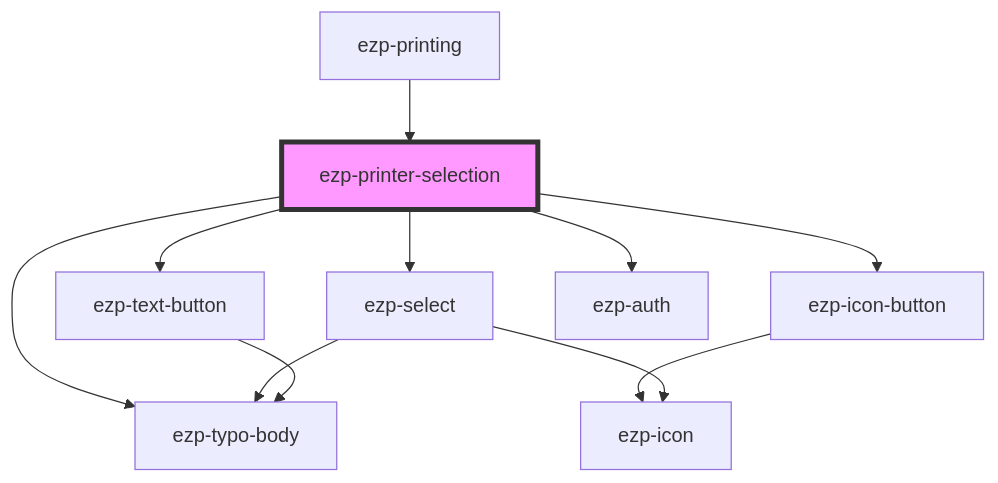
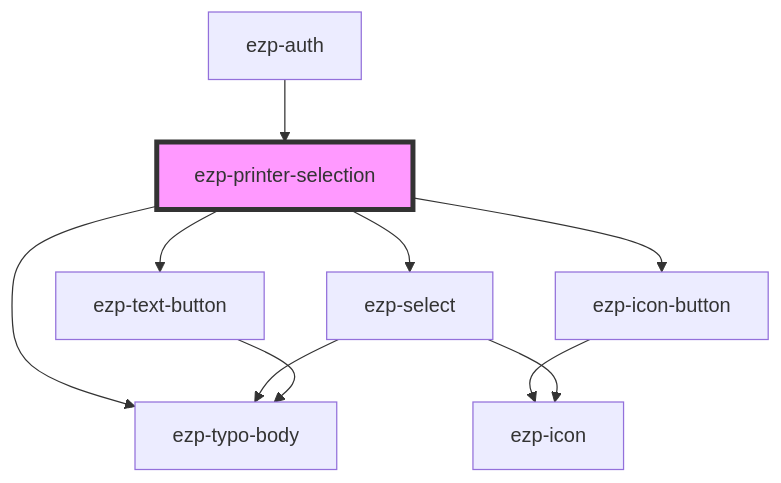
The diagram in src/components/ezp-printer-selection/readme.md (ezeep/ezeep-js), drawn with Mermaid before and after one commit. The commit also changed other lines of this file and 22 other files, not shown here.

````diff
--- a/src/components/ezp-printer-selection/readme.md
+++ b/src/components/ezp-printer-selection/readme.md
@@ -54,14 +42,13 @@
 ```mermaid
 graph TD;
   ezp-printer-selection --> ezp-typo-body
   ezp-printer-selection --> ezp-icon-button
   ezp-printer-selection --> ezp-select
   ezp-printer-selection --> ezp-text-button
-  ezp-printer-selection --> ezp-auth
   ezp-icon-button --> ezp-icon
   ezp-select --> ezp-icon
   ezp-select --> ezp-typo-body
   ezp-text-button --> ezp-typo-body
-  ezp-printing --> ezp-printer-selection
+  ezp-auth --> ezp-printer-selection
   style ezp-printer-selection fill:#f9f,stroke:#333,stroke-width:4px
 ```
````
